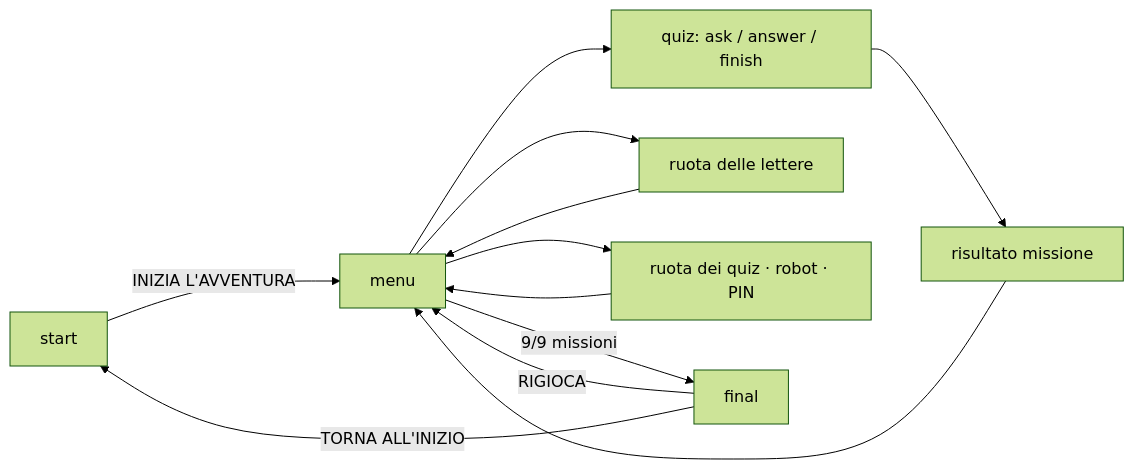
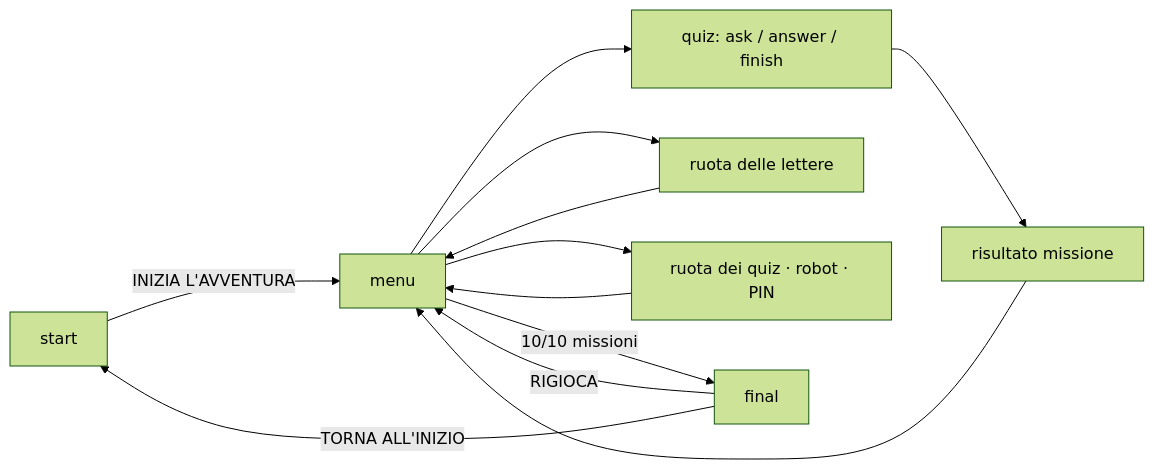
The diagram in README.md (leonardoBernetti/Orientamento-Scuole-Medie), drawn with Mermaid (forest theme) before and after one commit. The commit also changed other lines of this file and 4 other files, not shown here.

````diff
--- a/README.md
+++ b/README.md
@@ -188,14 +189,14 @@
 ```mermaid
 flowchart LR
     A[start] -->|INIZIA L'AVVENTURA| B[menu]
     B --> C[quiz: ask / answer / finish]
     B --> D[ruota delle lettere]
     B --> E[ruota dei quiz · robot · PIN]
     C --> F[risultato missione]
     F --> B
     D --> B
     E --> B
-    B -->|9/9 missioni| G[final]
+    B -->|10/10 missioni| G[final]
     G -->|RIGIOCA| B
     G -->|TORNA ALL'INIZIO| A
 ```
````
